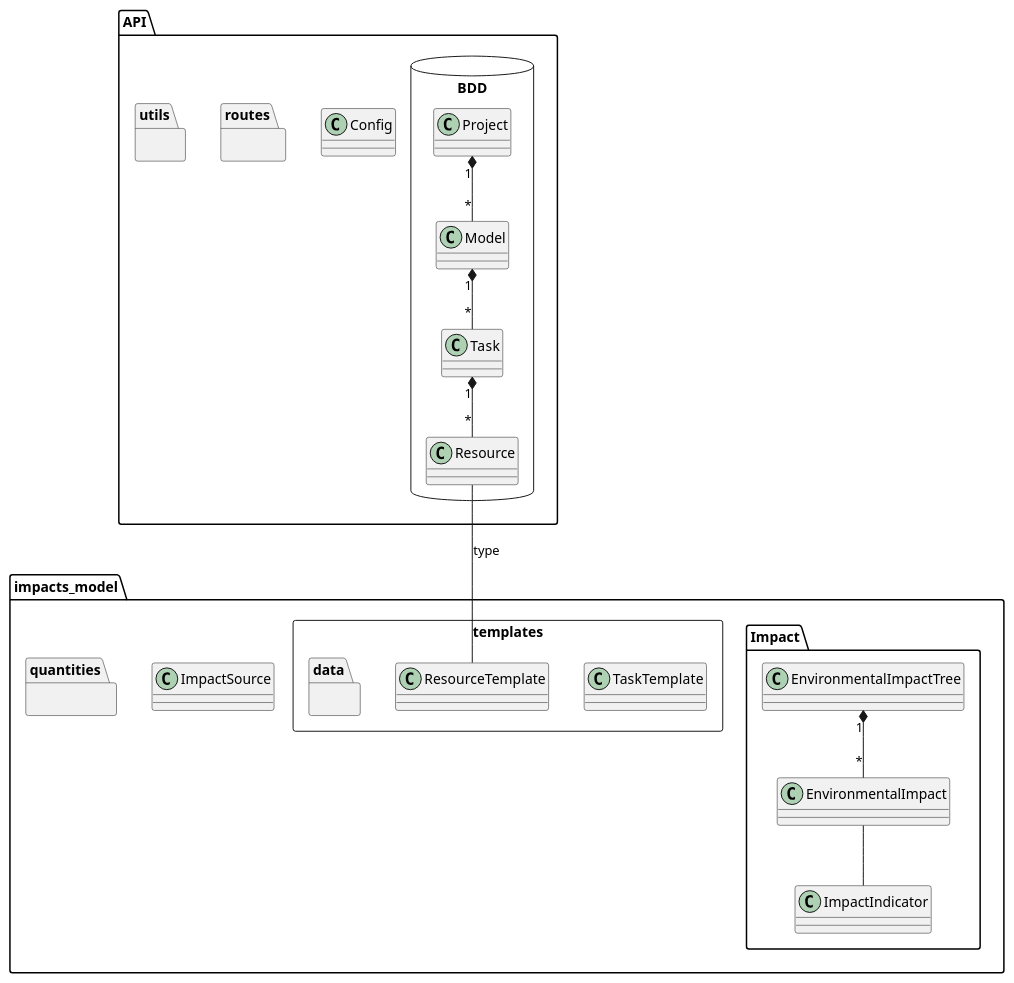
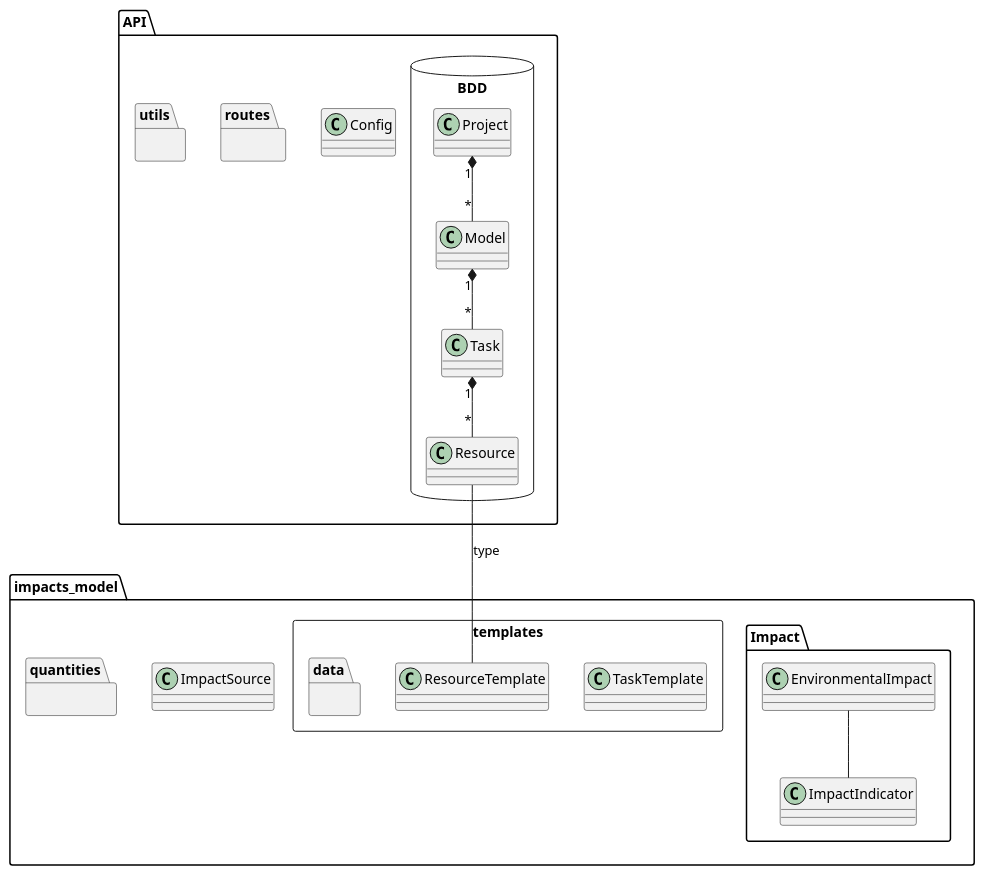
Before and after one commit to Orange-OpenSource/SoftwareLifecycleEnvImpact: the diagram in README.md, drawn with PlantUML. The commit also changed other lines of this file and 6 other files, not shown here.

Commit message:
Removed EnvironmentalImpactTree and route model impact Removed useless AggregatedResourceImpact

````diff
--- a/README.md
+++ b/README.md
@@ -15,48 +15,46 @@
 ```plantuml
 
 @startuml
 package API {
 class Config
 
 
 package routes {}
 package utils {}
 
 package BDD <<Database>>{
 class Project
 class Model
 class Task
 class Resource
 }
 
 }
 
 package impacts_model {
 
 class ImpactSource
 
 package quantities{}
 package Impact{
 class ImpactIndicator
 class EnvironmentalImpact
-class EnvironmentalImpactTree
 }
 
 package templates <<Rectangle>> {
 package data {}
 class TaskTemplate
 class ResourceTemplate
 }
 }
 
 Project "1" *-- "*" Model
 Model "1" *-- "*" Task
 Task "1" *-- "*" Resource
 
 EnvironmentalImpact -- ImpactIndicator 
-EnvironmentalImpactTree  "1" *-- "*" EnvironmentalImpact
 
 Resource -- ResourceTemplate : type
 
 @enduml
 ```
````
